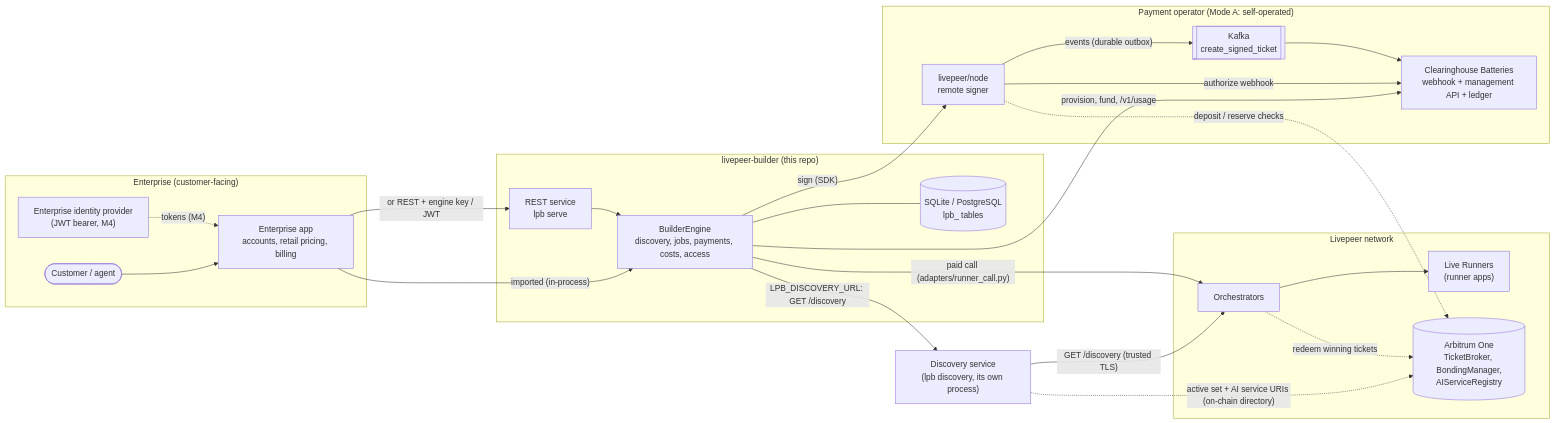
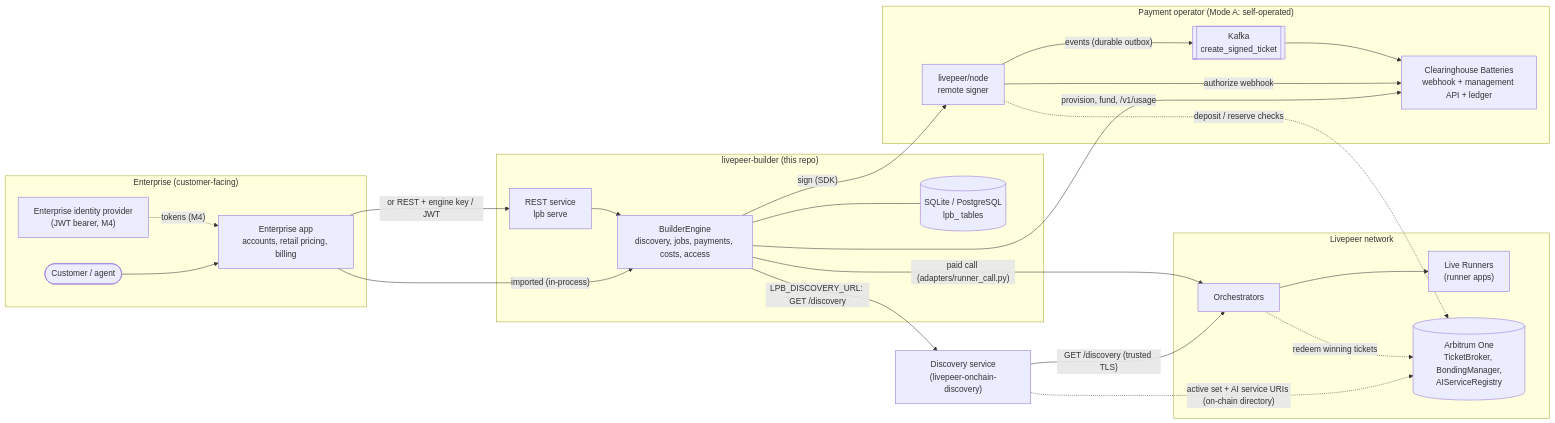
The first of 12 diagrams in docs/design-docs/architecture-diagrams.md (NE-Build-Track/livepeer-builder-core), drawn with Mermaid before and after one commit. The commit also changed 49 other files, not shown here.

First line of the commit message:
refactor(discovery)!: remove the lpb discovery process

````diff
--- a/docs/design-docs/architecture-diagrams.md
+++ b/docs/design-docs/architecture-diagrams.md
@@ -16,39 +16,39 @@
 ```mermaid
 flowchart LR
     subgraph Enterprise["Enterprise (customer-facing)"]
         User(["Customer / agent"])
         App["Enterprise app<br/>accounts, retail pricing, billing"]
         IdP["Enterprise identity provider<br/>(JWT bearer, M4)"]
     end
     subgraph Engine["livepeer-builder (this repo)"]
         API["REST service<br/>lpb serve"]
         Core["BuilderEngine<br/>discovery, jobs, payments, costs, access"]
         DB[("SQLite / PostgreSQL<br/>lpb_ tables")]
     end
     subgraph Payments["Payment operator (Mode A: self-operated)"]
         Signer["livepeer/node<br/>remote signer"]
         Bat["Clearinghouse Batteries<br/>webhook + management API + ledger"]
         Kafka[["Kafka<br/>create_signed_ticket"]]
     end
     subgraph Network["Livepeer network"]
         Orch["Orchestrators"]
         Runner["Live Runners<br/>(runner apps)"]
         Chain[("Arbitrum One<br/>TicketBroker, BondingManager,<br/>AIServiceRegistry")]
     end
-    DiscSvc["Discovery service<br/>(lpb discovery, its own process)"]
+    DiscSvc["Discovery service<br/>(livepeer-onchain-discovery)"]
     User --> App
     App -->|"imported (in-process)"| Core
     App -->|"or REST + engine key / JWT"| API --> Core
     IdP -.->|"tokens (M4)"| App
     Core --- DB
     Core -->|"sign (SDK)"| Signer
     Core -->|"LPB_DISCOVERY_URL: GET /discovery"| DiscSvc
     DiscSvc -->|"GET /discovery (trusted TLS)"| Orch
     DiscSvc -.->|"active set + AI service URIs (on-chain directory)"| Chain
     Core -->|"provision, fund, /v1/usage"| Bat
     Core -->|"paid call (adapters/runner_call.py)"| Orch --> Runner
     Signer -->|"authorize webhook"| Bat
     Signer -->|"events (durable outbox)"| Kafka --> Bat
     Signer -.->|"deposit / reserve checks"| Chain
     Orch -.->|"redeem winning tickets"| Chain
 ```
````
